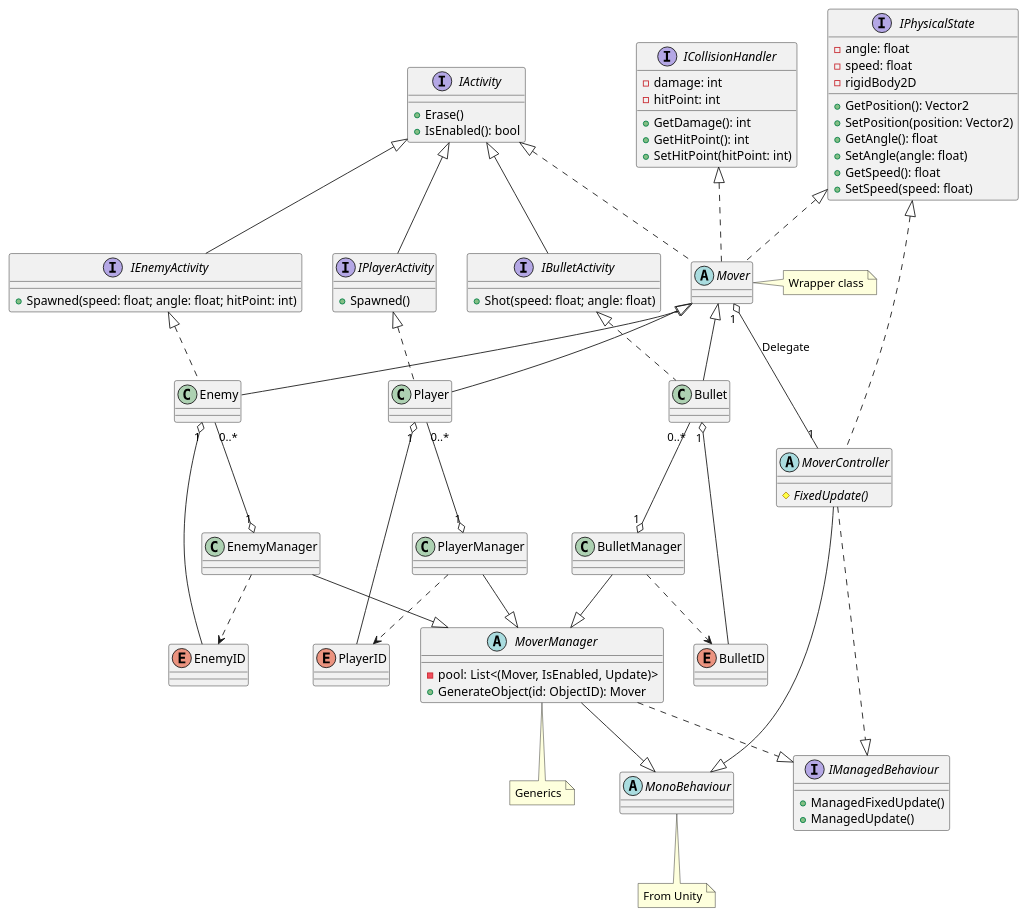
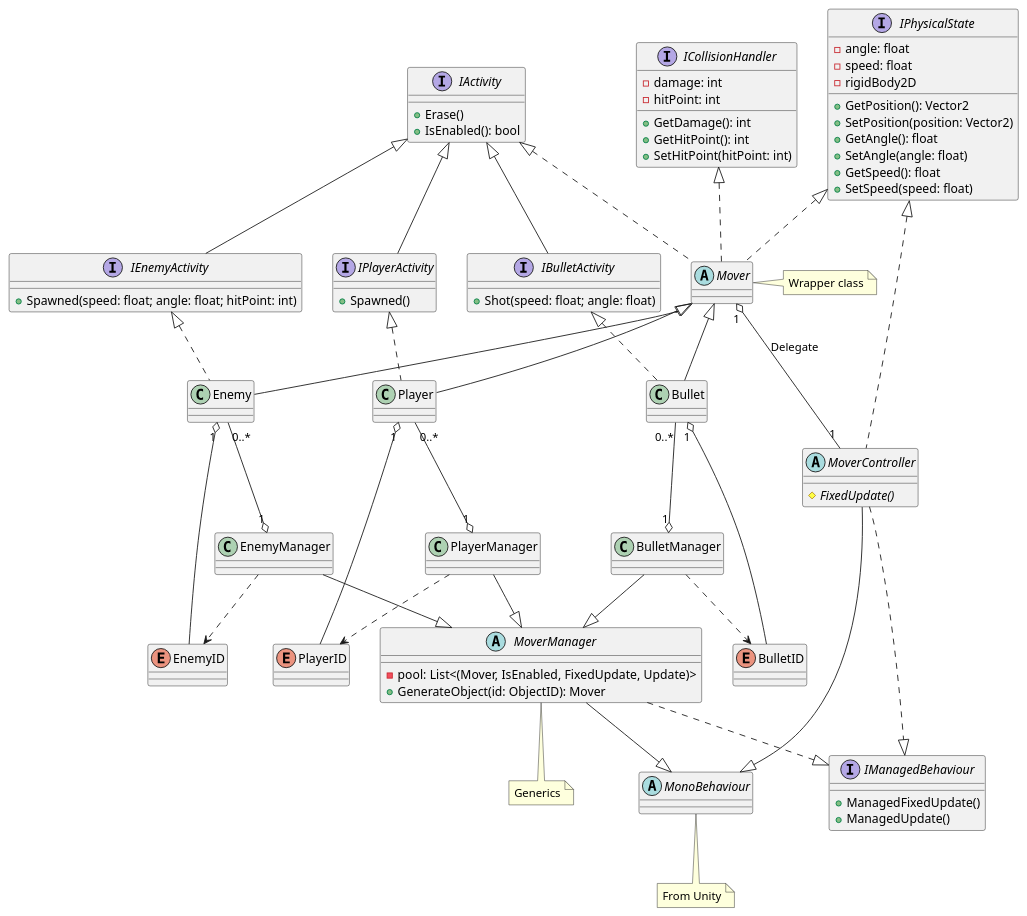
One commit to Wandao123/shmup_like_touhou changed the diagram in docs/manager_classes.pu. Above: the diagram before and after it, drawn with PlantUML. The commit also changed 9 other files, not shown here.

```diff
--- a/docs/manager_classes.pu
+++ b/docs/manager_classes.pu
@@ -1,130 +1,130 @@
 @startuml ManagerClasses
 interface IActivity {
     +Erase()
     +IsEnabled(): bool
 }
 
 interface IBulletActivity {
     +Shot(speed: float; angle: float)
 }
 
 interface IEnemyActivity {
     +Spawned(speed: float; angle: float; hitPoint: int)
 }
 
 interface IPlayerActivity {
     +Spawned()
 }
 
 IActivity <|-- IBulletActivity
 IActivity <|-- IEnemyActivity
 IActivity <|-- IPlayerActivity
 
 abstract MoverManager {
-    -pool: List<(Mover, IsEnabled, Update)>
+    -pool: List<(Mover, IsEnabled, FixedUpdate, Update)>
     +GenerateObject(id: ObjectID): Mover
 }
 note bottom of MoverManager
     Generics
 end note
 
 enum BulletID
 class BulletManager
 class Bullet
 
 BulletManager ..> BulletID
 BulletManager --|> MoverManager
 Bullet "0..*" --o "1" BulletManager
 IBulletActivity <|.. Bullet
 Bullet "1" o-- BulletID
 
 enum EnemyID
 class EnemyManager
 class Enemy
 
 EnemyManager ..> EnemyID
 EnemyManager --|> MoverManager
 Enemy "0..*" --o "1" EnemyManager
 IEnemyActivity <|.. Enemy
 Enemy "1" o-- EnemyID
 
 enum PlayerID
 
 class PlayerManager
 
 class Player
 
 PlayerManager ..> PlayerID
 PlayerManager --|> MoverManager
 Player "0..*" --o "1" PlayerManager
 IPlayerActivity <|.. Player
 Player "1" o-- PlayerID
 
 interface ICollisionHandler {
     -damage: int
     -hitPoint: int
     +GetDamage(): int
     +GetHitPoint(): int
     +SetHitPoint(hitPoint: int)
 }
 
 interface IPhysicalState {
     -angle: float
     -speed: float
     -rigidBody2D
     +GetPosition(): Vector2
     +SetPosition(position: Vector2)
     +GetAngle(): float
     +SetAngle(angle: float)
     +GetSpeed(): float
     +SetSpeed(speed: float)
 }
 
 abstract Mover
 note right of Mover
     Wrapper class
 end note
 
 IActivity <|.. Mover
 ICollisionHandler <|.. Mover
 IPhysicalState <|.. Mover
 Mover <|-- Bullet
 Mover <|-- Enemy
 Mover <|-- Player
 
 interface IManagedBehaviour {
     +ManagedFixedUpdate()
     +ManagedUpdate()
 }
 
 abstract MonoBehaviour
 note bottom of MonoBehaviour
     From Unity
 end note
 
 MoverManager ..|> IManagedBehaviour
 MoverManager --|> MonoBehaviour
 
 abstract MoverController {
     #{abstract} FixedUpdate()
 }
 
 IPhysicalState <|.. MoverController
 Mover "1" o-- "1" MoverController : Delegate
 MoverController ..|> IManagedBehaviour
 MoverController --|> MonoBehaviour
 
 /'class Activity {
     +Spawned()
 }
 
 Activity ..|> IActivity
 Activity "1" --o "1" Mover
 
 abstract CollisionHandler {
     #{abstract} OnTriggerEnter2D(other)
 }
 
 CollisionHandler ..|> ICollisionHandler
 CollisionHandler "1" --o "1" Mover'/
 @enduml
```
